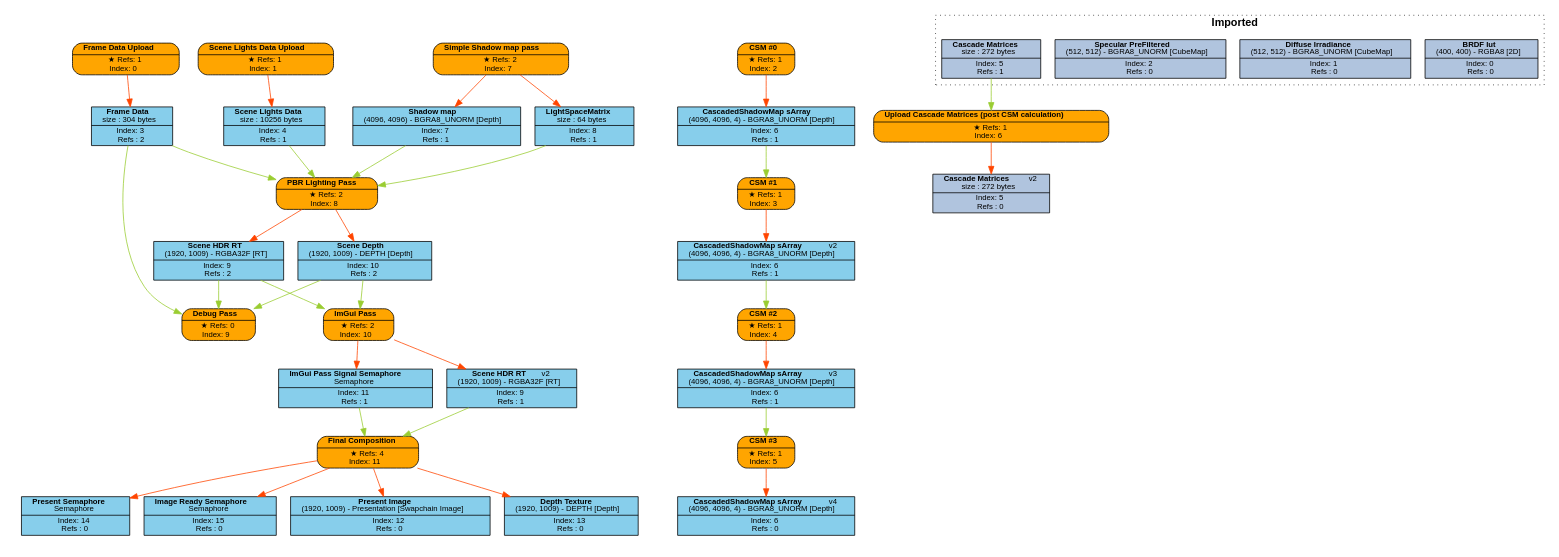
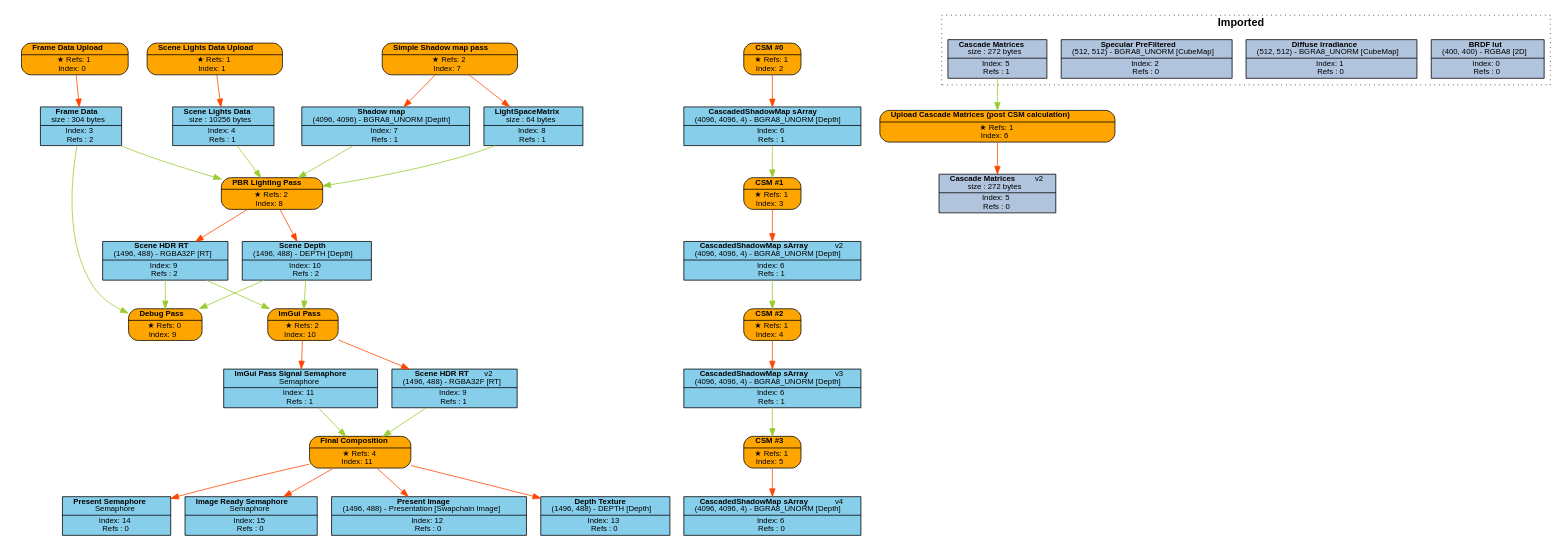
One commit to Pikachuxxxx/Razix changed the diagram in Engine/content/FrameGraphs/forward_lighting_test.dot. Above: the diagram before and after it, drawn with Graphviz. The commit also changed 3 other files, not shown here.

```diff
--- a/Engine/content/FrameGraphs/forward_lighting_test.dot
+++ b/Engine/content/FrameGraphs/forward_lighting_test.dot
@@ -1,117 +1,117 @@
 digraph FrameGraph {
 graph [style=invis, rankdir="TB" ordering=out, splines=spline]
 node [shape=record, fontname="helvetica", fontsize=10, margin="0.2,0.03"]
 
 P0 [label=<{ {<B>Frame Data Upload</B>} | {&#x2605; Refs: 1<BR/> Index: 0} }> style="rounded,filled", fillcolor=orange]
 P1 [label=<{ {<B>Scene Lights Data Upload</B>} | {&#x2605; Refs: 1<BR/> Index: 1} }> style="rounded,filled", fillcolor=orange]
 P2 [label=<{ {<B>CSM #0</B>} | {&#x2605; Refs: 1<BR/> Index: 2} }> style="rounded,filled", fillcolor=orange]
 P3 [label=<{ {<B>CSM #1</B>} | {&#x2605; Refs: 1<BR/> Index: 3} }> style="rounded,filled", fillcolor=orange]
 P4 [label=<{ {<B>CSM #2</B>} | {&#x2605; Refs: 1<BR/> Index: 4} }> style="rounded,filled", fillcolor=orange]
 P5 [label=<{ {<B>CSM #3</B>} | {&#x2605; Refs: 1<BR/> Index: 5} }> style="rounded,filled", fillcolor=orange]
 P6 [label=<{ {<B>Upload Cascade Matrices (post CSM calculation)</B>} | {&#x2605; Refs: 1<BR/> Index: 6} }> style="rounded,filled", fillcolor=orange]
 P7 [label=<{ {<B>Simple Shadow map pass</B>} | {&#x2605; Refs: 2<BR/> Index: 7} }> style="rounded,filled", fillcolor=orange]
 P8 [label=<{ {<B>PBR Lighting Pass</B>} | {&#x2605; Refs: 2<BR/> Index: 8} }> style="rounded,filled", fillcolor=orange]
 P9 [label=<{ {<B>Debug Pass</B>} | {&#x2605; Refs: 0<BR/> Index: 9} }> style="rounded,filled", fillcolor=orange]
 P10 [label=<{ {<B>ImGui Pass</B>} | {&#x2605; Refs: 2<BR/> Index: 10} }> style="rounded,filled", fillcolor=orange]
 P11 [label=<{ {<B>Final Composition</B>} | {&#x2605; Refs: 4<BR/> Index: 11} }> style="rounded,filled", fillcolor=orange]
 
 R0_1 [label=<{ {<B>BRDF lut</B><BR/>(400, 400) - RGBA8 [2D]} | {Index: 0<BR/>Refs : 0} }> style=filled, fillcolor=lightsteelblue]
 R1_1 [label=<{ {<B>Diffuse Irradiance</B><BR/>(512, 512) - BGRA8_UNORM [CubeMap]} | {Index: 1<BR/>Refs : 0} }> style=filled, fillcolor=lightsteelblue]
 R2_1 [label=<{ {<B>Specular PreFiltered</B><BR/>(512, 512) - BGRA8_UNORM [CubeMap]} | {Index: 2<BR/>Refs : 0} }> style=filled, fillcolor=lightsteelblue]
 R3_1 [label=<{ {<B>Frame Data</B><BR/>size : 304 bytes} | {Index: 3<BR/>Refs : 2} }> style=filled, fillcolor=skyblue]
 R4_1 [label=<{ {<B>Scene Lights Data</B><BR/>size : 10256 bytes} | {Index: 4<BR/>Refs : 1} }> style=filled, fillcolor=skyblue]
 R5_1 [label=<{ {<B>Cascade Matrices</B><BR/>size : 272 bytes} | {Index: 5<BR/>Refs : 1} }> style=filled, fillcolor=lightsteelblue]
 R6_1 [label=<{ {<B>CascadedShadowMap sArray</B><BR/>(4096, 4096, 4) - BGRA8_UNORM [Depth]} | {Index: 6<BR/>Refs : 1} }> style=filled, fillcolor=skyblue]
 R6_2 [label=<{ {<B>CascadedShadowMap sArray</B>   <FONT>v2</FONT><BR/>(4096, 4096, 4) - BGRA8_UNORM [Depth]} | {Index: 6<BR/>Refs : 1} }> style=filled, fillcolor=skyblue]
 R6_3 [label=<{ {<B>CascadedShadowMap sArray</B>   <FONT>v3</FONT><BR/>(4096, 4096, 4) - BGRA8_UNORM [Depth]} | {Index: 6<BR/>Refs : 1} }> style=filled, fillcolor=skyblue]
 R6_4 [label=<{ {<B>CascadedShadowMap sArray</B>   <FONT>v4</FONT><BR/>(4096, 4096, 4) - BGRA8_UNORM [Depth]} | {Index: 6<BR/>Refs : 0} }> style=filled, fillcolor=skyblue]
 R5_2 [label=<{ {<B>Cascade Matrices</B>   <FONT>v2</FONT><BR/>size : 272 bytes} | {Index: 5<BR/>Refs : 0} }> style=filled, fillcolor=lightsteelblue]
 R7_1 [label=<{ {<B>Shadow map</B><BR/>(4096, 4096) - BGRA8_UNORM [Depth]} | {Index: 7<BR/>Refs : 1} }> style=filled, fillcolor=skyblue]
 R8_1 [label=<{ {<B>LightSpaceMatrix</B><BR/>size : 64 bytes} | {Index: 8<BR/>Refs : 1} }> style=filled, fillcolor=skyblue]
-R9_1 [label=<{ {<B>Scene HDR RT</B><BR/>(1920, 1009) - RGBA32F [RT]} | {Index: 9<BR/>Refs : 2} }> style=filled, fillcolor=skyblue]
-R10_1 [label=<{ {<B>Scene Depth</B><BR/>(1920, 1009) - DEPTH [Depth]} | {Index: 10<BR/>Refs : 2} }> style=filled, fillcolor=skyblue]
+R9_1 [label=<{ {<B>Scene HDR RT</B><BR/>(1496, 488) - RGBA32F [RT]} | {Index: 9<BR/>Refs : 2} }> style=filled, fillcolor=skyblue]
+R10_1 [label=<{ {<B>Scene Depth</B><BR/>(1496, 488) - DEPTH [Depth]} | {Index: 10<BR/>Refs : 2} }> style=filled, fillcolor=skyblue]
 R11_1 [label=<{ {<B>ImGui Pass Signal Semaphore</B><BR/>Semaphore} | {Index: 11<BR/>Refs : 1} }> style=filled, fillcolor=skyblue]
-R9_2 [label=<{ {<B>Scene HDR RT</B>   <FONT>v2</FONT><BR/>(1920, 1009) - RGBA32F [RT]} | {Index: 9<BR/>Refs : 1} }> style=filled, fillcolor=skyblue]
-R12_1 [label=<{ {<B>Present Image</B><BR/>(1920, 1009) - Presentation [Swapchain Image]} | {Index: 12<BR/>Refs : 0} }> style=filled, fillcolor=skyblue]
-R13_1 [label=<{ {<B>Depth Texture</B><BR/>(1920, 1009) - DEPTH [Depth]} | {Index: 13<BR/>Refs : 0} }> style=filled, fillcolor=skyblue]
+R9_2 [label=<{ {<B>Scene HDR RT</B>   <FONT>v2</FONT><BR/>(1496, 488) - RGBA32F [RT]} | {Index: 9<BR/>Refs : 1} }> style=filled, fillcolor=skyblue]
+R12_1 [label=<{ {<B>Present Image</B><BR/>(1496, 488) - Presentation [Swapchain Image]} | {Index: 12<BR/>Refs : 0} }> style=filled, fillcolor=skyblue]
+R13_1 [label=<{ {<B>Depth Texture</B><BR/>(1496, 488) - DEPTH [Depth]} | {Index: 13<BR/>Refs : 0} }> style=filled, fillcolor=skyblue]
 R14_1 [label=<{ {<B>Present Semaphore</B><BR/>Semaphore} | {Index: 14<BR/>Refs : 0} }> style=filled, fillcolor=skyblue]
 R15_1 [label=<{ {<B>Image Ready Semaphore</B><BR/>Semaphore} | {Index: 15<BR/>Refs : 0} }> style=filled, fillcolor=skyblue]
 
 P0 -> { R3_1 } [color=orangered]
 P1 -> { R4_1 } [color=orangered]
 P2 -> { R6_1 } [color=orangered]
 P3 -> { R6_2 } [color=orangered]
 P4 -> { R6_3 } [color=orangered]
 P5 -> { R6_4 } [color=orangered]
 P6 -> { R5_2 } [color=orangered]
 P7 -> { R7_1 R8_1 } [color=orangered]
 P8 -> { R9_1 R10_1 } [color=orangered]
 P9 -> { } [color=orangered]
 P10 -> { R9_2 R11_1 } [color=orangered]
 P11 -> { R12_1 R13_1 R14_1 R15_1 } [color=orangered]
 
 R0_1 -> { } [color=olivedrab3]
 R1_1 -> { } [color=olivedrab3]
 R2_1 -> { } [color=olivedrab3]
 R3_1 -> { P8 P9 } [color=olivedrab3]
 R4_1 -> { P8 } [color=olivedrab3]
 R5_1 -> { P6 } [color=olivedrab3]
 R6_1 -> { P3 } [color=olivedrab3]
 R6_2 -> { P4 } [color=olivedrab3]
 R6_3 -> { P5 } [color=olivedrab3]
 R6_4 -> { } [color=olivedrab3]
 R5_2 -> { } [color=olivedrab3]
 R7_1 -> { P8 } [color=olivedrab3]
 R8_1 -> { P8 } [color=olivedrab3]
 R9_1 -> { P9 P10 } [color=olivedrab3]
 R10_1 -> { P9 P10 } [color=olivedrab3]
 R11_1 -> { P11 } [color=olivedrab3]
 R9_2 -> { P11 } [color=olivedrab3]
 R12_1 -> { } [color=olivedrab3]
 R13_1 -> { } [color=olivedrab3]
 R14_1 -> { } [color=olivedrab3]
 R15_1 -> { } [color=olivedrab3]
 
 subgraph cluster_0 {
 P0 R3_1 
 }
 subgraph cluster_1 {
 P1 R4_1 
 }
 subgraph cluster_2 {
 P2 R6_1 
 }
 subgraph cluster_3 {
 P3 
 }
 subgraph cluster_4 {
 P4 
 }
 subgraph cluster_5 {
 P5 
 }
 subgraph cluster_6 {
 P6 
 }
 subgraph cluster_7 {
 P7 R7_1 R8_1 
 }
 subgraph cluster_8 {
 P8 R9_1 R10_1 
 }
 subgraph cluster_9 {
 P9 
 }
 subgraph cluster_10 {
 P10 R11_1 
 }
 subgraph cluster_11 {
 P11 R12_1 R13_1 R14_1 R15_1 
 }
 
 subgraph cluster_imported_resources {
 graph [style=dotted, fontname="helvetica", label=< <B>Imported</B> >]
 R0_1 R1_1 R2_1 R5_1 
 }
 
 }
```
